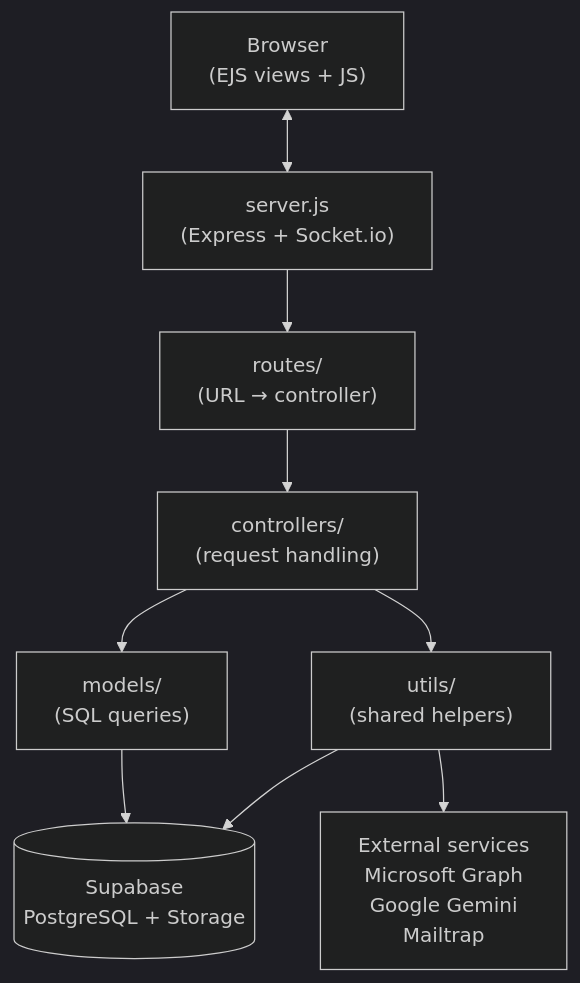
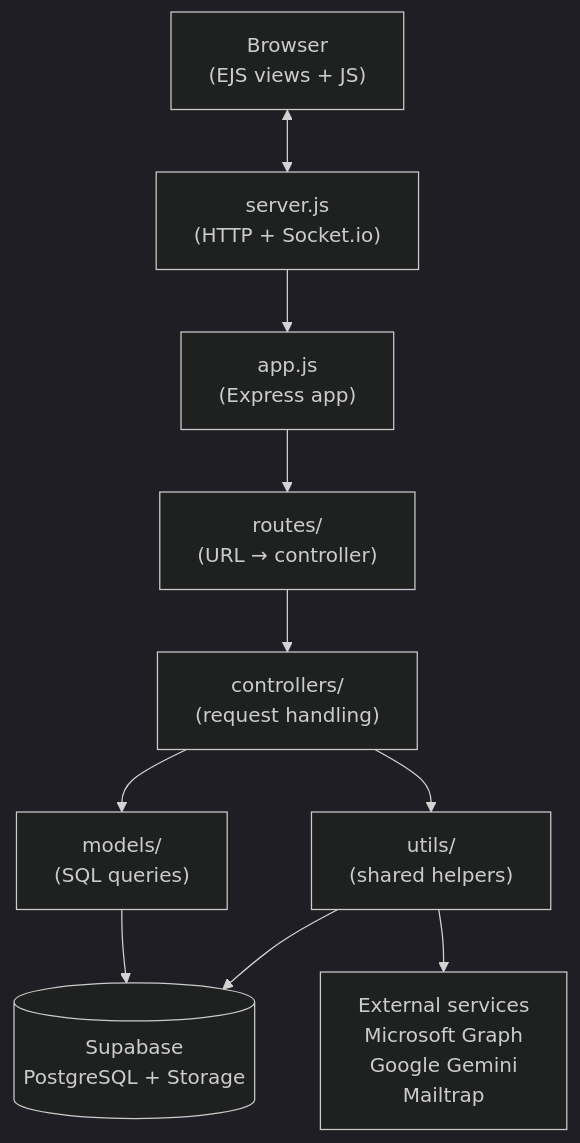
Before and after one commit to SETAP-Org/gcms-docs: the first of 2 diagrams in docs/source/architecture/index.rst, drawn with Mermaid (dark theme). The commit also changed other lines of this file, not shown here.

Commit message:
Update to reflect Changes in Architecture

```diff
--- a/docs/source/architecture/index.rst
+++ b/docs/source/architecture/index.rst
@@ -12,20 +12,22 @@
 .. mermaid::
 
    flowchart TB
        Browser["Browser<br/>(EJS views + JS)"]
-       Server["server.js<br/>(Express + Socket.io)"]
+       Server["server.js<br/>(HTTP + Socket.io)"]
+       App["app.js<br/>(Express app)"]
        Routes["routes/<br/>(URL → controller)"]
        Controllers["controllers/<br/>(request handling)"]
        Models["models/<br/>(SQL queries)"]
        Utils["utils/<br/>(shared helpers)"]
        DB[("Supabase<br/>PostgreSQL + Storage")]
        External["External services<br/>Microsoft Graph<br/>Google Gemini<br/>Mailtrap"]
 
        Browser <--> Server
-       Server --> Routes
+       Server --> App
+       App --> Routes
        Routes --> Controllers
        Controllers --> Models
        Controllers --> Utils
        Models --> DB
        Utils --> DB
        Utils --> External
```
